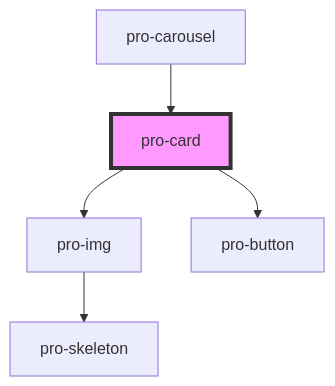
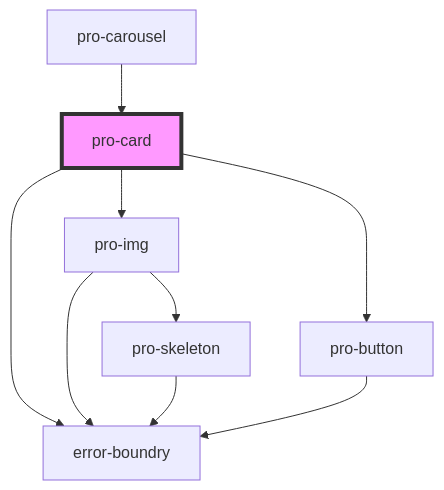
Before and after one commit to aab1dh/pro: the diagram in src/atoms/card/readme.md, drawn with Mermaid. The commit also changed other lines of this file and 15 other files, not shown here.

````diff
--- a/src/atoms/card/readme.md
+++ b/src/atoms/card/readme.md
@@ -27,8 +28,12 @@
 ```mermaid
 graph TD;
+  pro-card --> error-boundry
   pro-card --> pro-img
   pro-card --> pro-button
+  pro-img --> error-boundry
   pro-img --> pro-skeleton
+  pro-skeleton --> error-boundry
+  pro-button --> error-boundry
   pro-carousel --> pro-card
   style pro-card fill:#f9f,stroke:#333,stroke-width:4px
 ```
````
